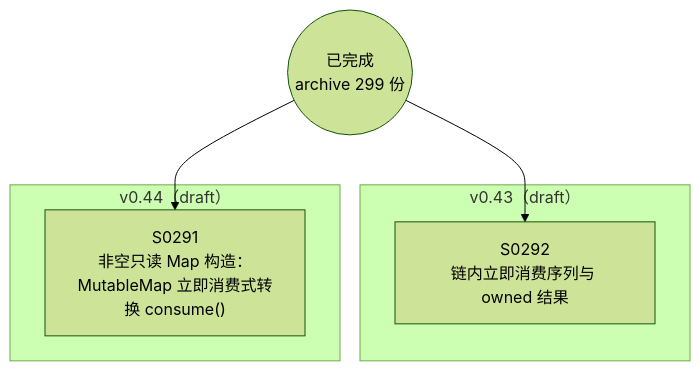
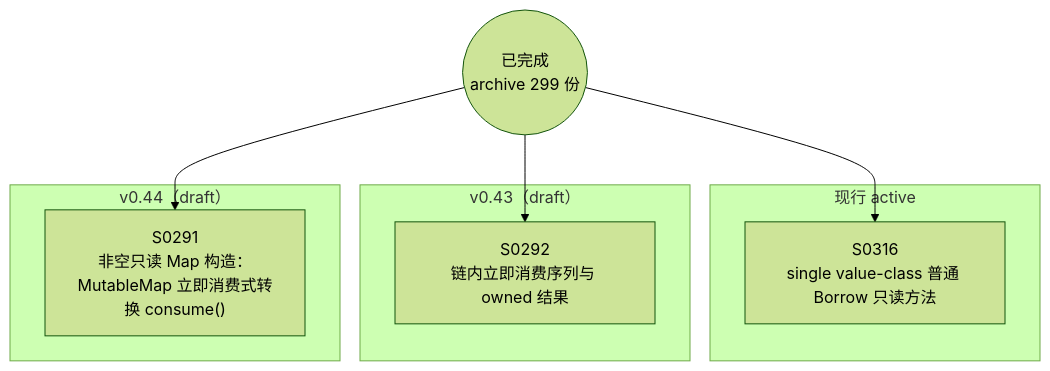
Before and after one commit to Halckon/Koven: the diagram in docs/specs/dependency-graph.md, drawn with Mermaid (forest theme). The commit also changed other lines of this file and 11 other files, not shown here.

````diff
--- a/docs/specs/dependency-graph.md
+++ b/docs/specs/dependency-graph.md
@@ -9,12 +9,16 @@
 ```mermaid
 flowchart TD
 ARCH(("已完成<br/>archive 299 份"))
+subgraph Gactive["现行 active"]
+  S0316["S0316<br/>single value-class 普通 Borrow 只读方法"]
+end
 subgraph Gdrafts_v043["v0.43（draft）"]
   S0292["S0292<br/>链内立即消费序列与 owned 结果"]
 end
 subgraph Gdrafts_v044["v0.44（draft）"]
   S0291["S0291<br/>非空只读 Map 构造：MutableMap 立即消费式转换 consume()"]
 end
 ARCH --> S0291
 ARCH --> S0292
+ARCH --> S0316
 ```
````
